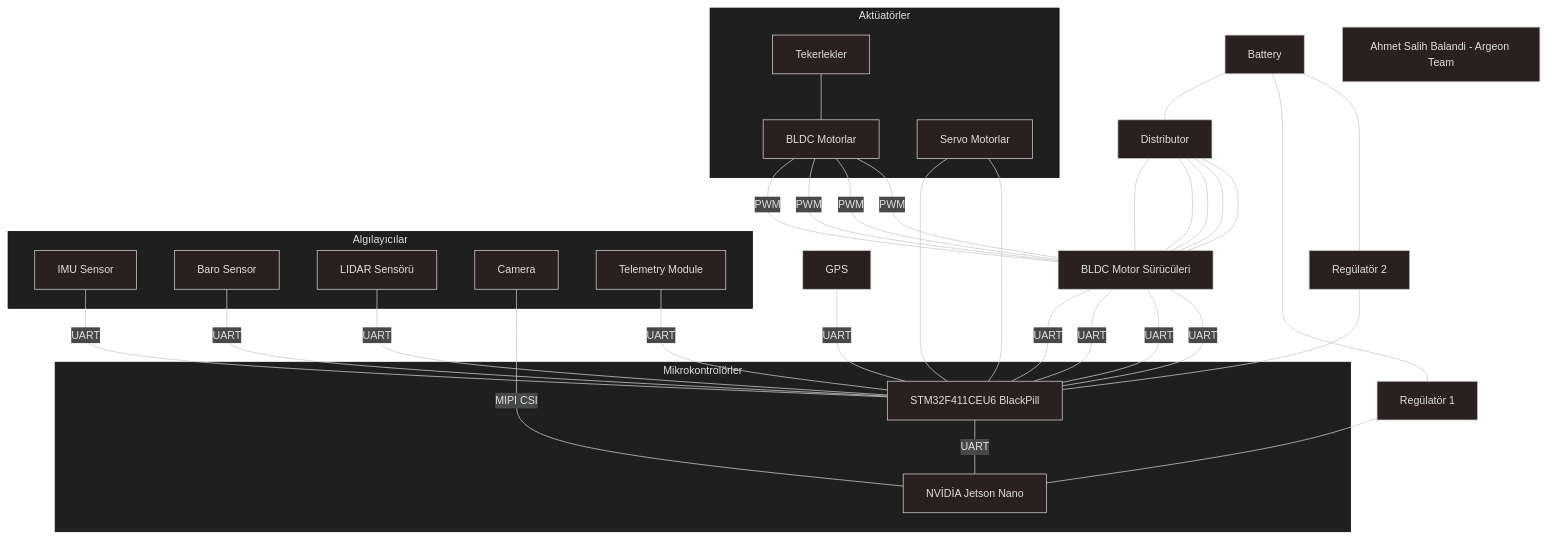
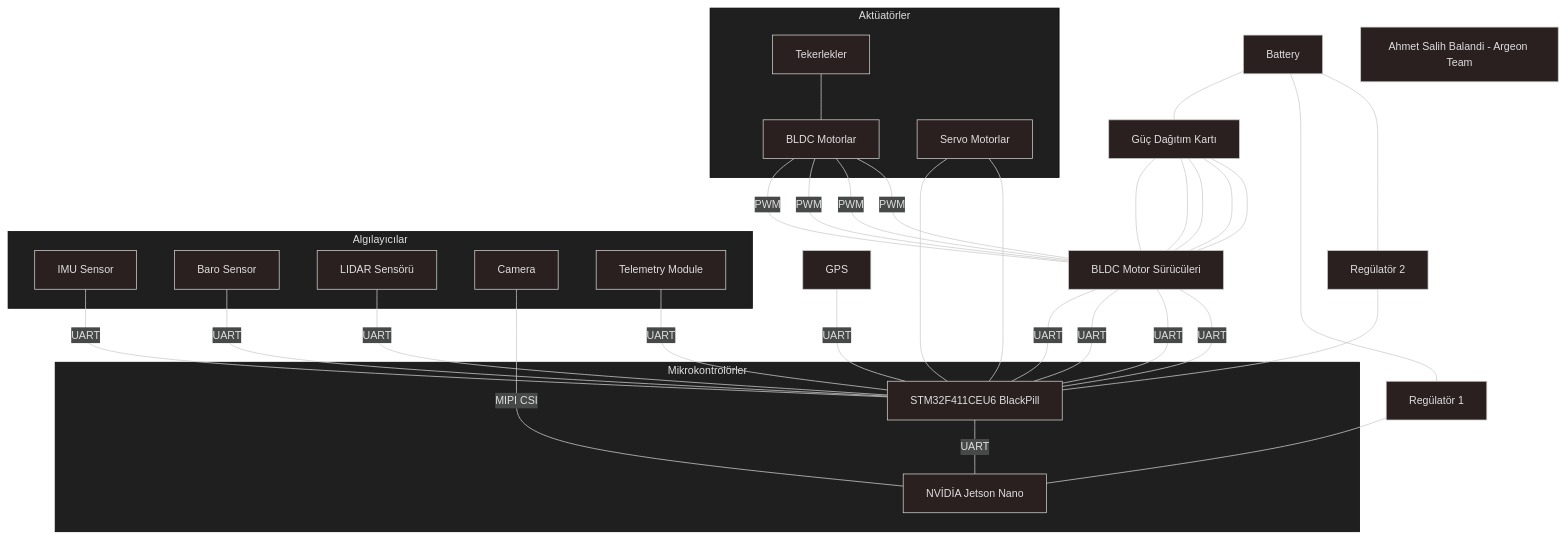
One commit to ahmetsalihbalandi/autopilot changed the diagram in autopilot_diagram.md. Above: the diagram before and after it, drawn with Mermaid.

````diff
--- a/autopilot_diagram.md
+++ b/autopilot_diagram.md
@@ -1,40 +1,40 @@
 ```mermaid
 ---
 config:
   theme: neo-dark
 ---
 flowchart TD
  subgraph s1["Mikrokontrolörler"]
         Jetson_Nano["NVİDİA Jetson Nano"]
         STM["STM32F411CEU6 BlackPill"]
   end
  subgraph s2["Algılayıcılar"]
         IMU["IMU Sensor"]
         Baro["Baro Sensor"]
         LIDAR["LIDAR Sensörü"]
         Camera["Camera"]
         Telemetry["Telemetry Module"]
   end
  subgraph s3["Aktüatörler"]
         Motors["BLDC Motorlar"]
         sMotors["Servo Motorlar"]
 	teker["Tekerlekler"]
   end
     teker --- Motors -- PWM --- Drivers["BLDC Motor Sürücüleri"] & Drivers & Drivers & Drivers
-    Battery --- Distributor["Distributor"]
+    Battery --- Distributor["Güç Dağıtım Kartı"]
     Distributor & Distributor & Distributor & Distributor & Distributor --- Drivers
     Drivers -- UART --- STM & STM & STM & STM
     LIDAR -- UART --- STM
     IMU -- UART --- STM
     Baro -- UART --- STM
     Telemetry -- UART --- STM
     GPS -- UART --- STM
     Camera -- MIPI CSI --- Jetson_Nano
     STM -- UART --- Jetson_Nano
     Battery["Battery"] --- Regulator1["Regülatör 1"] & Regulator2["Regülatör 2"]
     Regulator1 --- Jetson_Nano
     Regulator2 --- STM
     sMotors --- STM & STM
 classDef footer fill:none,stroke:none,color:#000, font-style:italic;
 footer["Ahmet Salih Balandi - Argeon Team"]
 ```
````
